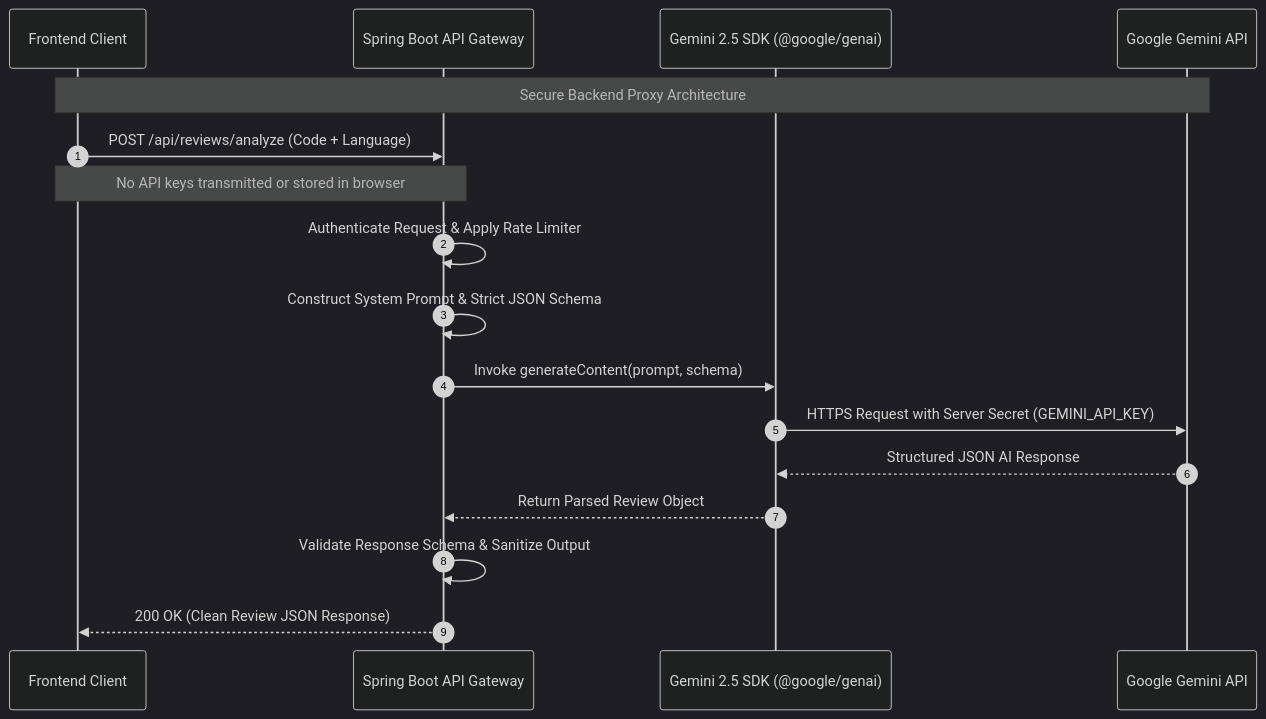
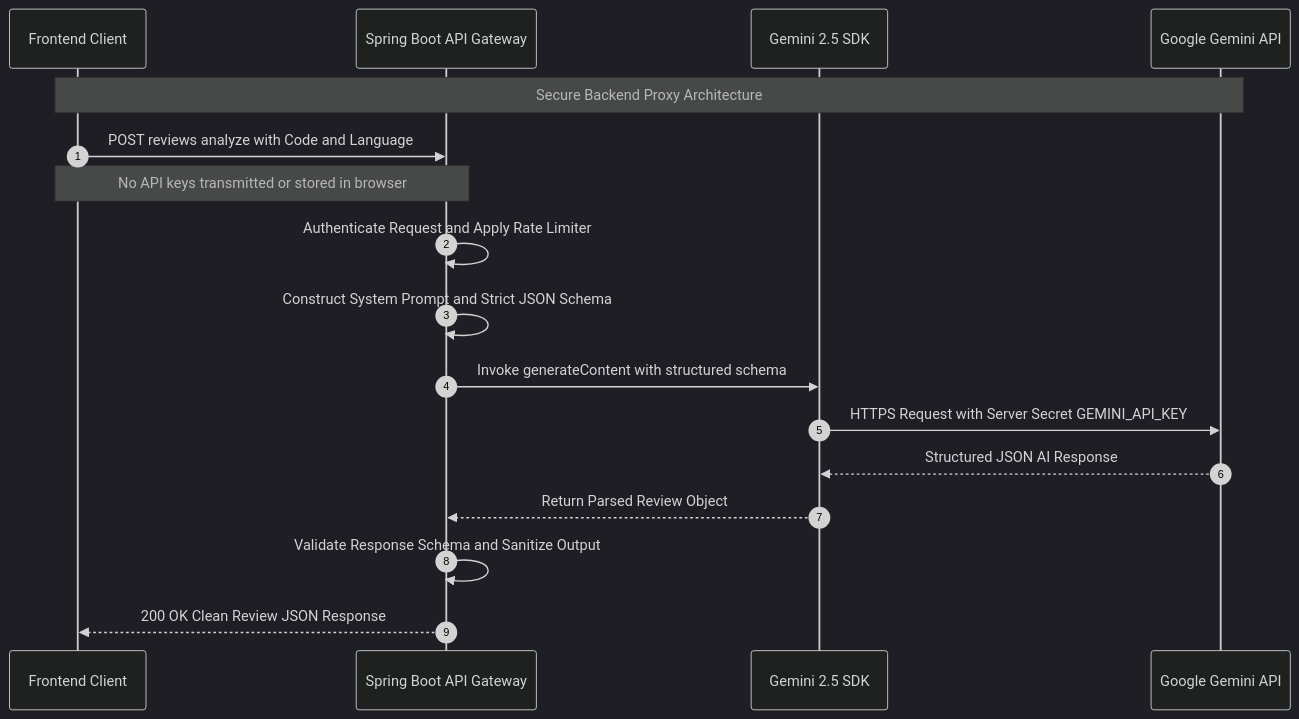
The seventh of 11 diagrams in README.md (Raj-Panwar/AICode-Reviewer), drawn with Mermaid (dark theme) before and after one commit. The commit also changed other lines of this file, not shown here.

First line of the commit message:
docs: update flowchart labels in README

````diff
--- a/README.md
+++ b/README.md
@@ -523,22 +523,22 @@
 ```mermaid
 sequenceDiagram
     autonumber
     participant Browser as Frontend Client
     participant SpringBoot as Spring Boot API Gateway
-    participant GeminiSDK as Gemini 2.5 SDK (@google/genai)
+    participant GeminiSDK as Gemini 2.5 SDK
     participant GoogleCloud as Google Gemini API
 
     Note over Browser,GoogleCloud: Secure Backend Proxy Architecture
-    Browser->>SpringBoot: POST /api/reviews/analyze (Code + Language)
+    Browser->>SpringBoot: POST reviews analyze with Code and Language
     Note over Browser,SpringBoot: No API keys transmitted or stored in browser
 
-    SpringBoot->>SpringBoot: Authenticate Request & Apply Rate Limiter
-    SpringBoot->>SpringBoot: Construct System Prompt & Strict JSON Schema
-    SpringBoot->>GeminiSDK: Invoke generateContent(prompt, schema)
-    GeminiSDK->>GoogleCloud: HTTPS Request with Server Secret (GEMINI_API_KEY)
+    SpringBoot->>SpringBoot: Authenticate Request and Apply Rate Limiter
+    SpringBoot->>SpringBoot: Construct System Prompt and Strict JSON Schema
+    SpringBoot->>GeminiSDK: Invoke generateContent with structured schema
+    GeminiSDK->>GoogleCloud: HTTPS Request with Server Secret GEMINI_API_KEY
     GoogleCloud-->>GeminiSDK: Structured JSON AI Response
     GeminiSDK-->>SpringBoot: Return Parsed Review Object
 
-    SpringBoot->>SpringBoot: Validate Response Schema & Sanitize Output
-    SpringBoot-->>Browser: 200 OK (Clean Review JSON Response)
+    SpringBoot->>SpringBoot: Validate Response Schema and Sanitize Output
+    SpringBoot-->>Browser: 200 OK Clean Review JSON Response
 ```
````
